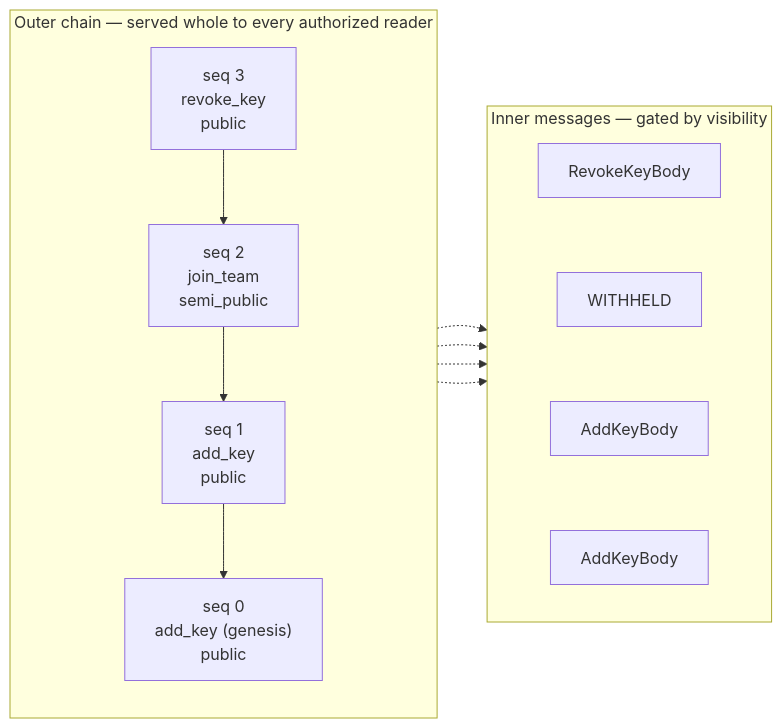
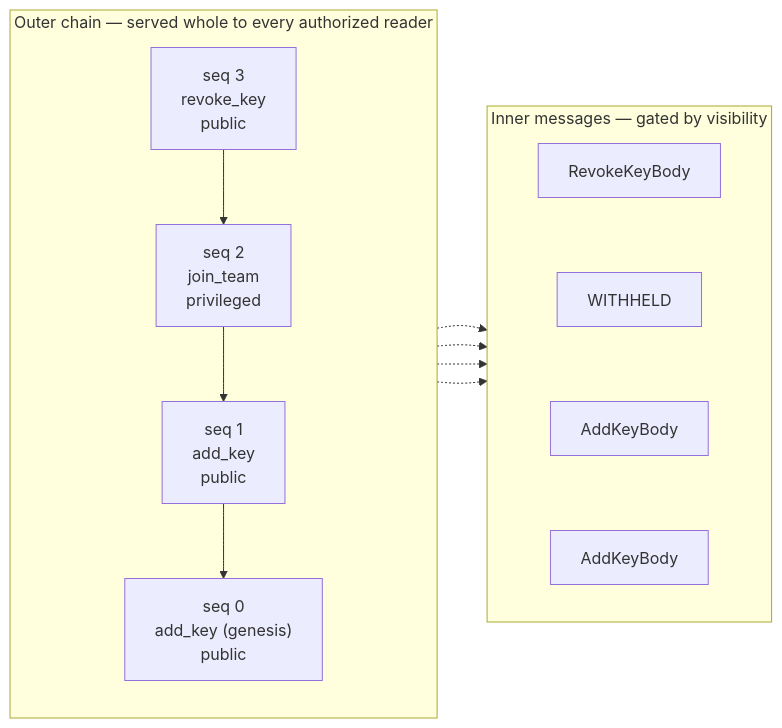
One commit to bitwarden/sdk-internal changed the third of 6 diagrams in crates/bitwarden-trust-log/trust-log.md. Above: the diagram before and after it, drawn with Mermaid. The commit also changed other lines of this file and 1 other file, not shown here.

Commit message:
rename semi-public to privileged

````diff
--- a/crates/bitwarden-trust-log/trust-log.md
+++ b/crates/bitwarden-trust-log/trust-log.md
@@ -103,16 +103,16 @@
 ```mermaid
 flowchart LR
   subgraph OUTERCHAIN["Outer chain — served whole to every authorized reader"]
     direction TB
-    O3["seq 3<br/>revoke_key<br/>public"] --> O2["seq 2<br/>join_team<br/>semi_public"] --> O1["seq 1<br/>add_key<br/>public"] --> O0["seq 0<br/>add_key (genesis)<br/>public"]
+    O3["seq 3<br/>revoke_key<br/>public"] --> O2["seq 2<br/>join_team<br/>privileged"] --> O1["seq 1<br/>add_key<br/>public"] --> O0["seq 0<br/>add_key (genesis)<br/>public"]
   end
   subgraph INNERS["Inner messages — gated by visibility"]
     direction TB
     I3["RevokeKeyBody"] ~~~ I2["WITHHELD"] ~~~ I1["AddKeyBody"] ~~~ I0["AddKeyBody"]
   end
   OUTERCHAIN ~~~ INNERS
   O3 -.-> I3
   O2 -.-> I2
   O1 -.-> I1
   O0 -.-> I0
 ```
````
